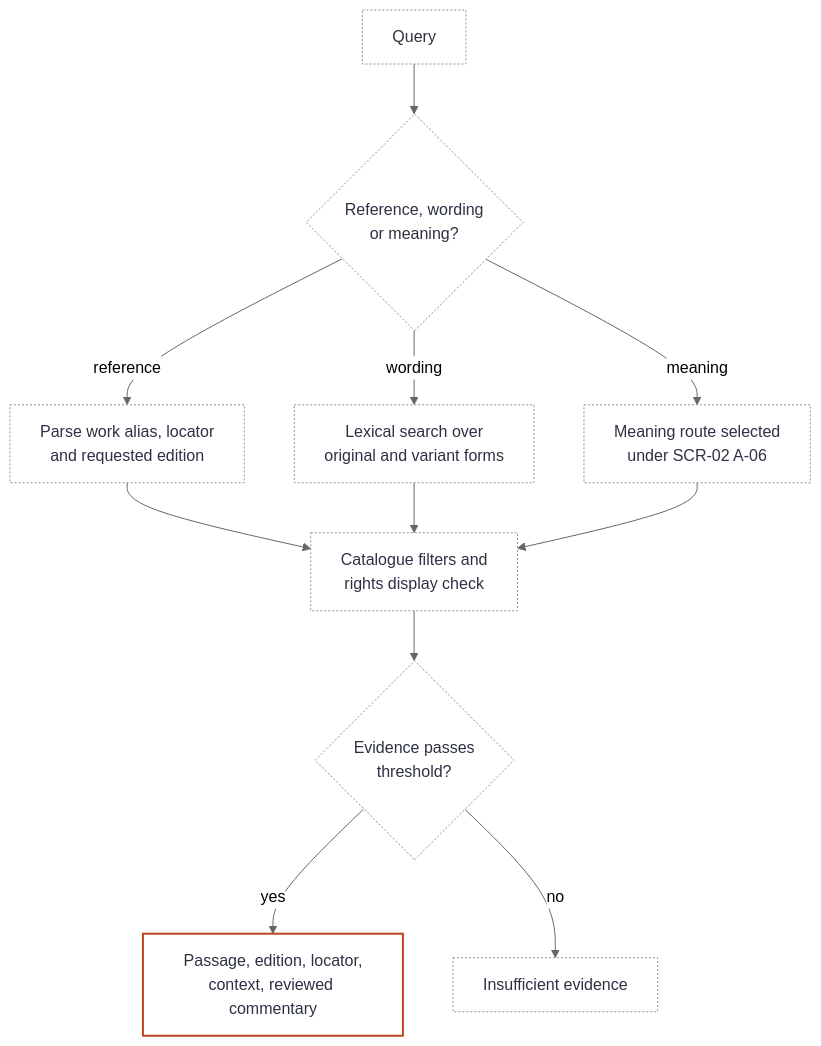
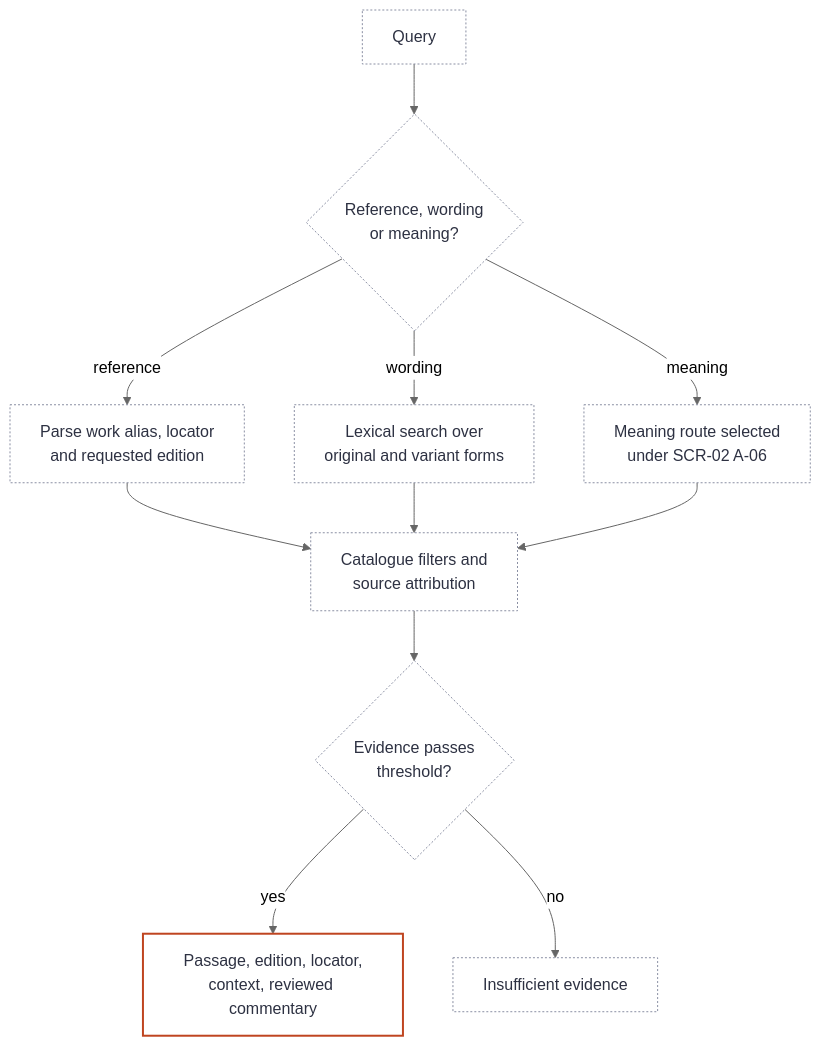
The fifth of 5 diagrams in docs/scripture-catalog-ingestion-and-rag-design.md (aispanda/scripture-source-catalog), drawn with Mermaid (neutral theme) before and after one commit. The commit also changed other lines of this file, not shown here.

````diff
--- a/docs/scripture-catalog-ingestion-and-rag-design.md
+++ b/docs/scripture-catalog-ingestion-and-rag-design.md
@@ -721,17 +721,17 @@
 ```mermaid
 flowchart TB
   q["Query"]:::proposed --> t{"Reference, wording<br/>or meaning?"}:::proposed
   t -->|reference| ex["Parse work alias, locator<br/>and requested edition"]:::proposed
   t -->|wording| lex["Lexical search over<br/>original and variant forms"]:::proposed
   t -->|meaning| sem["Meaning route selected<br/>under SCR-02 A-06"]:::proposed
-  ex --> f["Catalogue filters and<br/>rights display check"]:::proposed
+  ex --> f["Catalogue filters and<br/>source attribution"]:::proposed
   lex --> f
   sem --> f
   f --> ev{"Evidence passes<br/>threshold?"}:::proposed
   ev -->|yes| r["Passage, edition, locator,<br/>context, reviewed commentary"]:::focal
   ev -->|no| ie["Insufficient evidence"]:::proposed
   classDef actual fill:#ffffff,stroke:#2d3142,stroke-width:1px,color:#2d3142
   classDef draft fill:#ffffff,stroke:#2d3142,stroke-width:1px,stroke-dasharray:6 3,color:#2d3142
   classDef proposed fill:#ffffff,stroke:#8a8fa3,stroke-width:1px,stroke-dasharray:2 2,color:#2d3142
   classDef focal fill:#ffffff,stroke:#bf4520,stroke-width:2px,color:#2d3142
 ```
````
